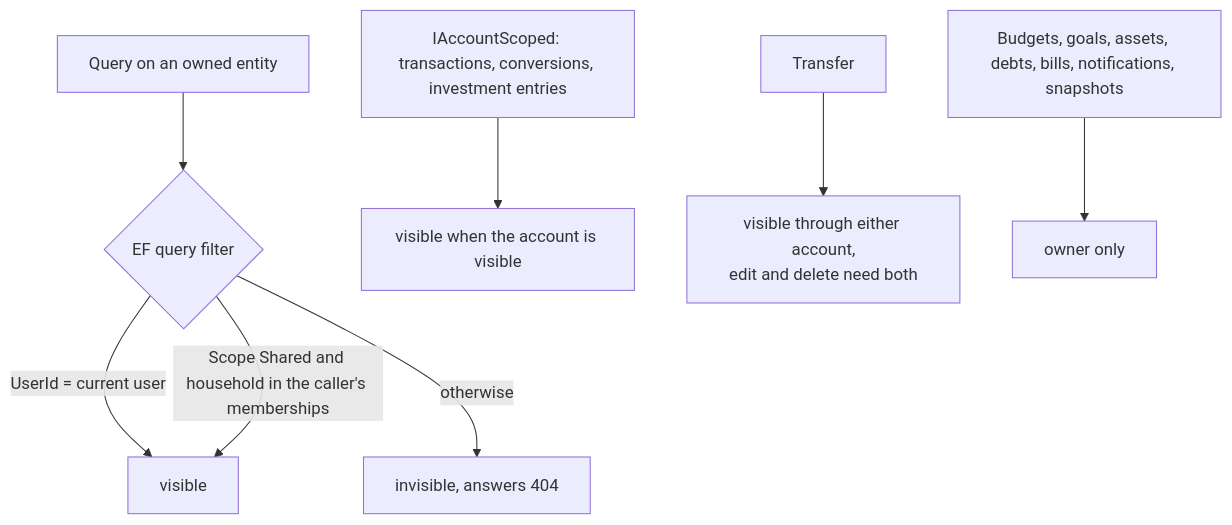
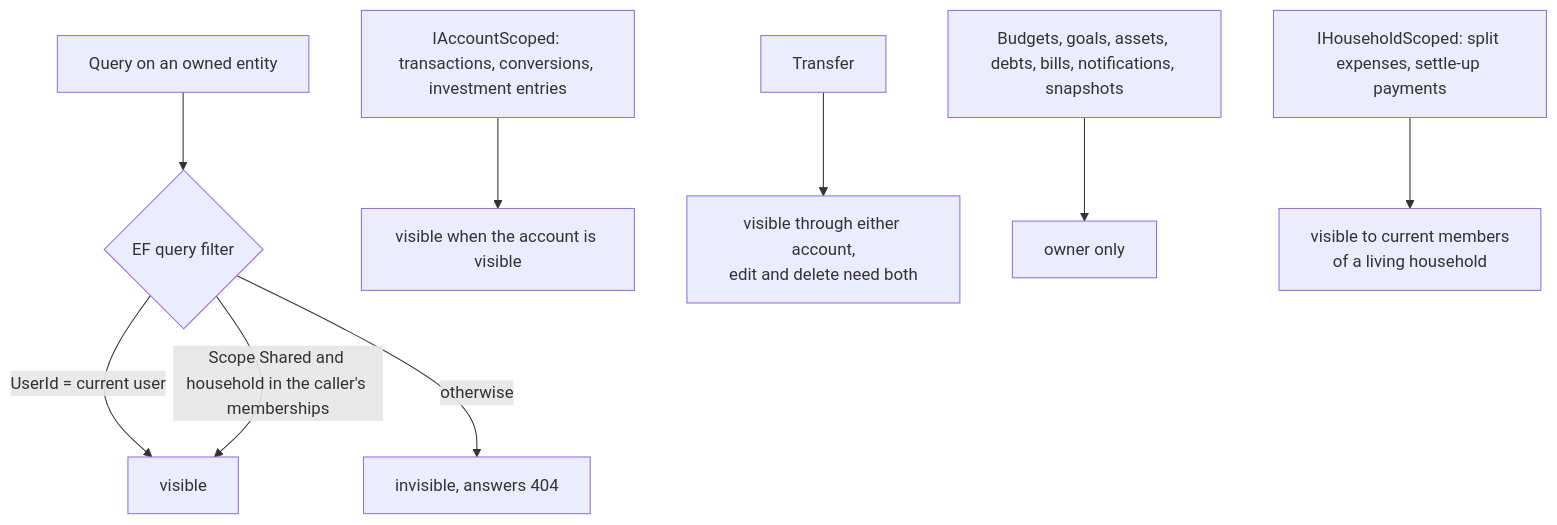
The first of 4 diagrams in docs/features/households-and-sharing.md (Justxs/Jx-Finance), drawn with Mermaid before and after one commit. The commit also changed other lines of this file and 152 other files, not shown here.

````diff
--- a/docs/features/households-and-sharing.md
+++ b/docs/features/households-and-sharing.md
@@ -9,10 +9,11 @@
 ```mermaid
 flowchart TD
     Q["Query on an owned entity"] --> Filter{"EF query filter"}
     Filter -->|"UserId = current user"| See["visible"]
     Filter -->|"Scope Shared and household in the caller's memberships"| See
     Filter -->|"otherwise"| Hidden["invisible, answers 404"]
     Scoped["IAccountScoped: transactions, conversions, investment entries"] --> ViaAcc["visible when the account is visible"]
     Transfer["Transfer"] --> Either["visible through either account,<br/>edit and delete need both"]
     Personal["Budgets, goals, assets, debts, bills, notifications, snapshots"] --> OwnerOnly["owner only"]
+    Household["IHouseholdScoped: split expenses, settle-up payments"] --> Members["visible to current members<br/>of a living household"]
 ```
````
